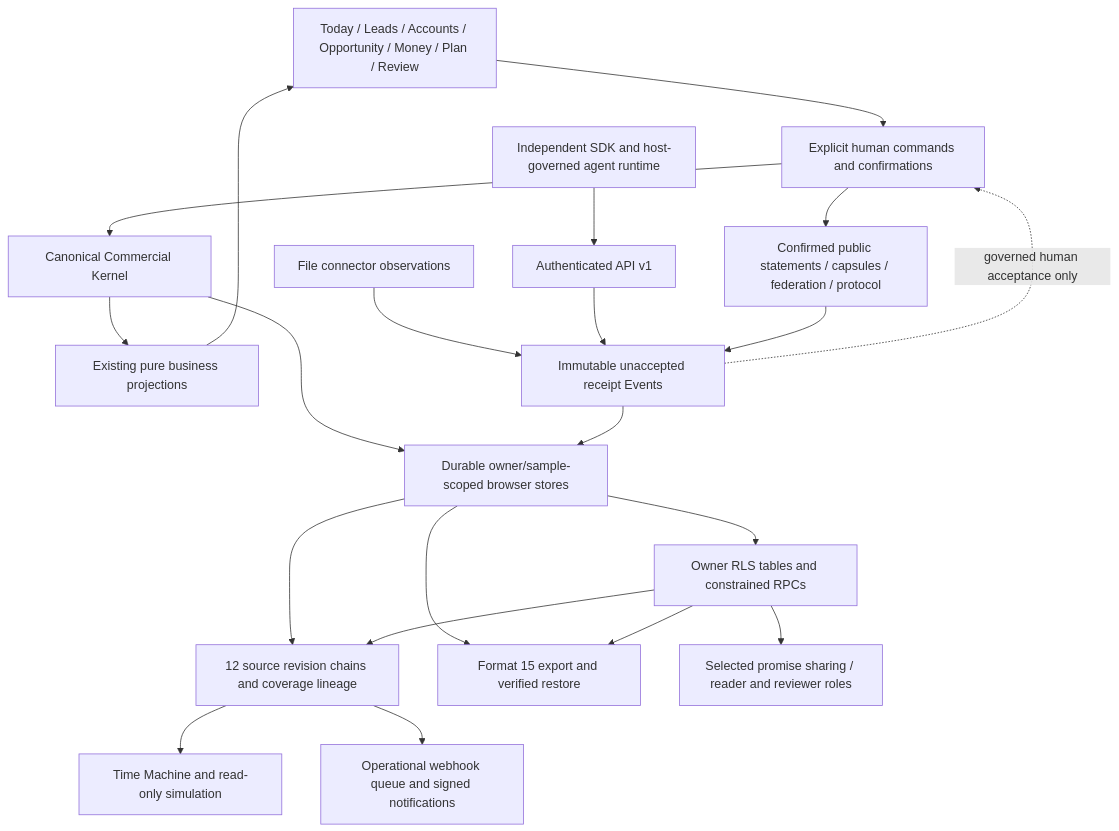
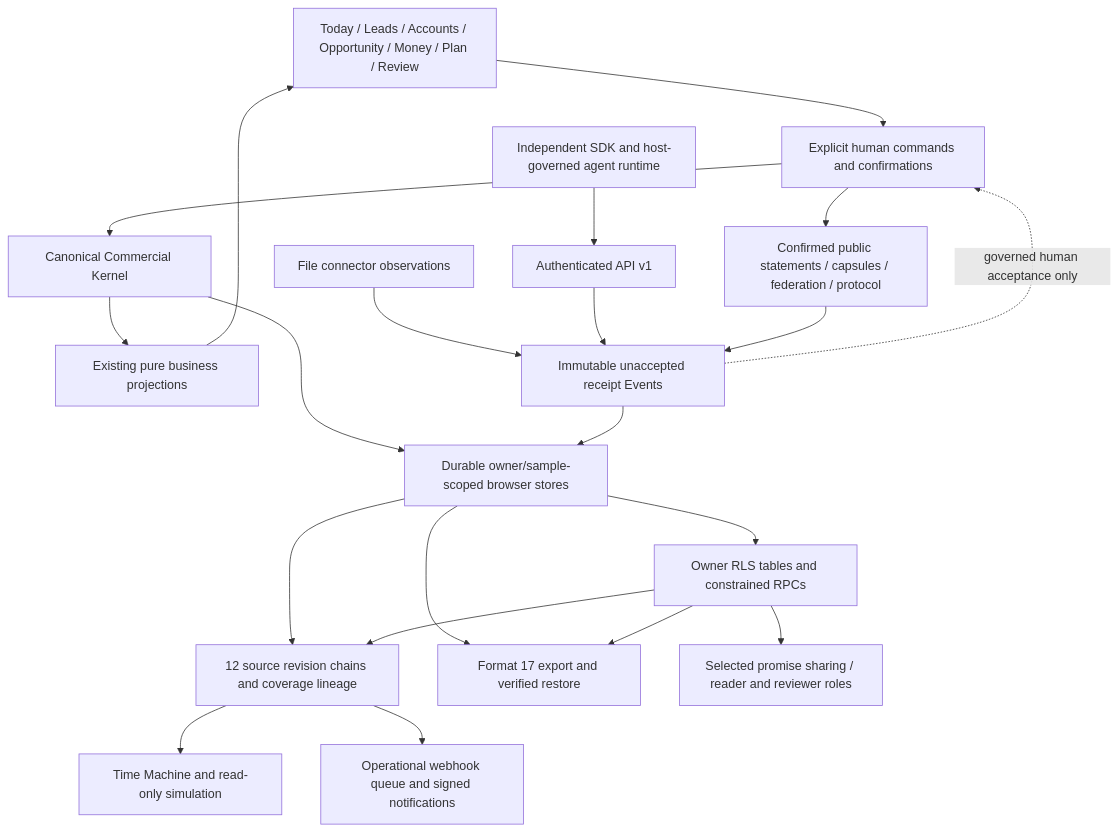
Before and after one commit to enexiaplatform/memoire: the diagram in docs/architecture/memoire-final-system-map.md, drawn with Mermaid. The commit also changed other lines of this file and 45 other files, not shown here.

````diff
--- a/docs/architecture/memoire-final-system-map.md
+++ b/docs/architecture/memoire-final-system-map.md
@@ -5,37 +9,37 @@
 ```mermaid
 flowchart TD
   UI[Today / Leads / Accounts / Opportunity / Money / Plan / Review]
   Human[Explicit human commands and confirmations]
   Kernel[Canonical Commercial Kernel]
   Local[Durable owner/sample-scoped browser stores]
   Cloud[Owner RLS tables and constrained RPCs]
   Revs[12 source revision chains and coverage lineage]
   Views[Existing pure business projections]
   TM[Time Machine and read-only simulation]
-  Backup[Format 15 export and verified restore]
+  Backup[Format 17 export and verified restore]
   Sources[File connector observations]
   Receipts[Immutable unaccepted receipt Events]
   API[Authenticated API v1]
   SDK[Independent SDK and host-governed agent runtime]
   Team[Selected promise sharing / reader and reviewer roles]
   Public[Confirmed public statements / capsules / federation / protocol]
   Webhook[Operational webhook queue and signed notifications]
   UI --> Human --> Kernel
   Kernel --> Local
   Local --> Cloud
   Local --> Revs
   Cloud --> Revs
   Kernel --> Views --> UI
   Revs --> TM
   Local --> Backup
   Cloud --> Backup
   Sources --> Receipts
   API --> Receipts
   SDK --> API
   Receipts --> Local
   Receipts -. governed human acceptance only .-> Human
   Cloud --> Team
   Human --> Public
   Public --> Receipts
   Revs --> Webhook
 ```
````
